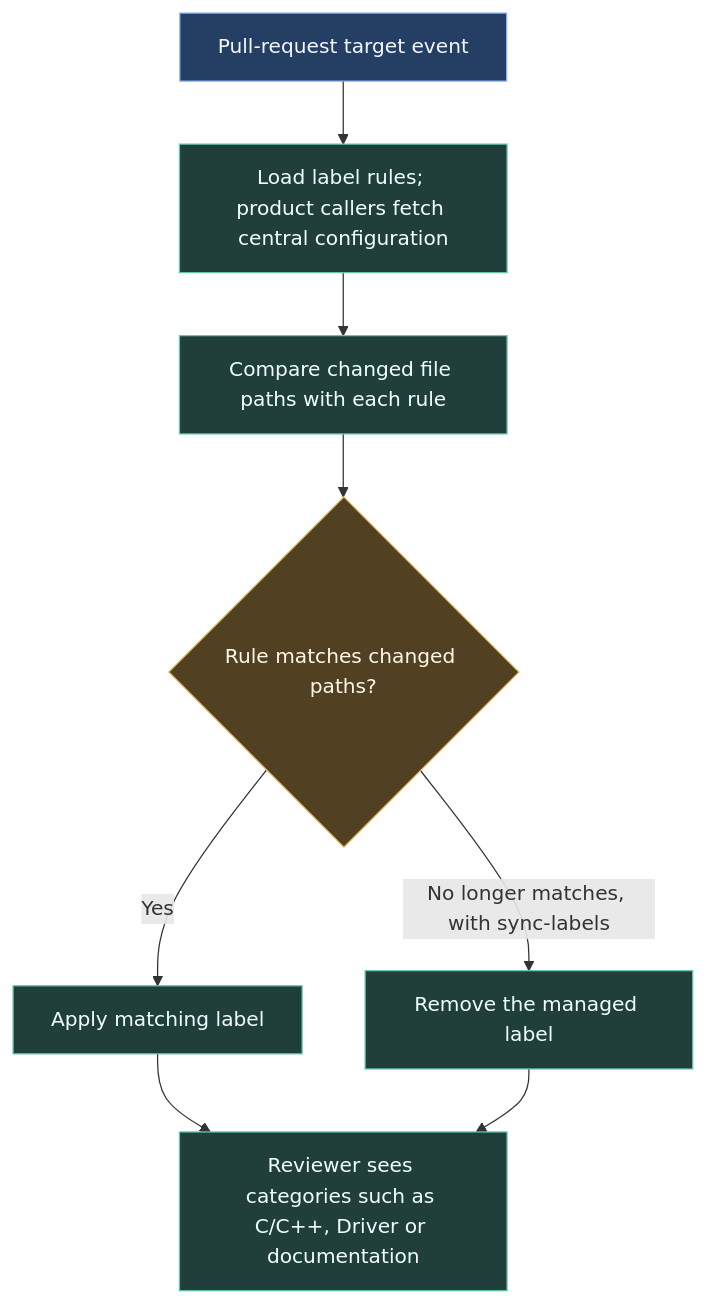
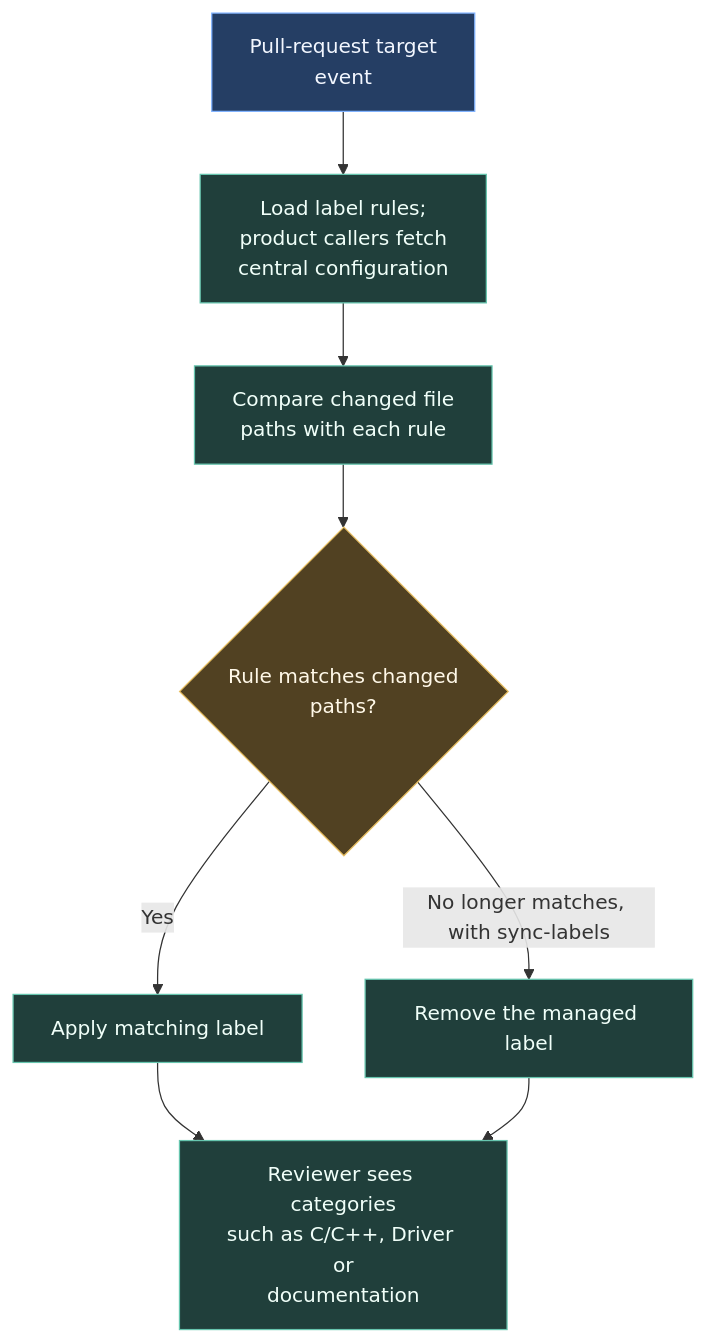
Before and after one commit to ARTTU-Software/.github: the diagram in docs/ci/labels.md, drawn with Mermaid. The commit also changed 12 other files, not shown here.

Commit message:
docs: keep diagram labels readable within their nodes

````diff
--- a/docs/ci/labels.md
+++ b/docs/ci/labels.md
@@ -10,16 +10,16 @@
 ```mermaid
 flowchart TB
-    PR["Pull-request target event"] --> CONFIG["Load label rules; product callers fetch central configuration"]
-    CONFIG --> PATHS["Compare changed file paths with each rule"]
-    PATHS --> MATCH{"Rule matches changed paths?"}
+    PR["Pull-request target<br/>event"] --> CONFIG["Load label rules;<br/>product callers fetch<br/>central configuration"]
+    CONFIG --> PATHS["Compare changed file<br/>paths with each rule"]
+    PATHS --> MATCH{"Rule matches changed<br/>paths?"}
     MATCH -->|Yes| ADD["Apply matching label"]
     MATCH -->|No longer matches, with sync-labels| REMOVE["Remove the managed label"]
-    ADD --> REVIEW["Reviewer sees categories such as C/C++, Driver or documentation"]
+    ADD --> REVIEW["Reviewer sees categories<br/>such as C/C++, Driver or<br/>documentation"]
     REMOVE --> REVIEW
     classDef event fill:#253e64,stroke:#82b4ff,color:#f3f7ff
     classDef work fill:#203f3b,stroke:#66c5ae,color:#f0fff9
     classDef check fill:#514122,stroke:#e8bf63,color:#fff8e8
     class PR event
     class CONFIG,PATHS,ADD,REMOVE,REVIEW work
     class MATCH check
 ```
````
